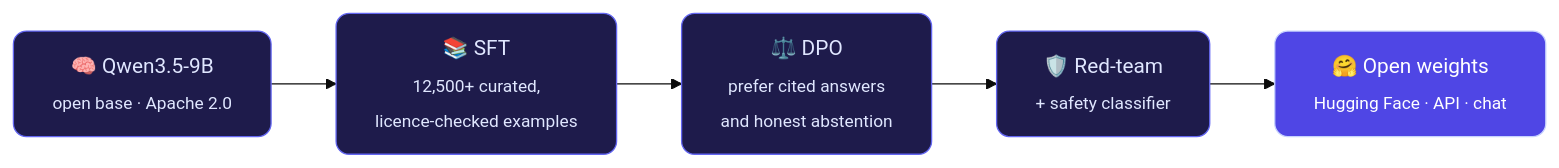
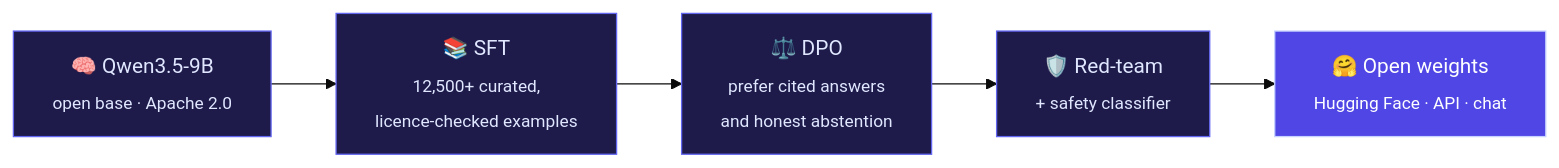
One commit to arxanshxh2309/arxanshxh2309 changed the diagram in README.md. Above: the diagram before and after it, drawn with Mermaid (base theme). The commit also changed other lines of this file and 2 other files, not shown here.

````diff
--- a/README.md
+++ b/README.md
@@ -31,12 +73,12 @@
 ```mermaid
 flowchart LR
     A["🧠 Qwen3.5-9B<br/><sub>open base · Apache 2.0</sub>"] --> B["📚 SFT<br/><sub>12,500+ curated,<br/>licence-checked examples</sub>"]
     B --> C["⚖️ DPO<br/><sub>prefer cited answers<br/>and honest abstention</sub>"]
     C --> D["🛡️ Red-team<br/><sub>+ safety classifier</sub>"]
     D --> E["🤗 Open weights<br/><sub>Hugging Face · API · chat</sub>"]
 
-    classDef step fill:#1e1b4b,stroke:#6366f1,color:#e0e7ff,rx:10,ry:10
-    classDef ship fill:#4f46e5,stroke:#c7d2fe,color:#ffffff,rx:10,ry:10
+    classDef step fill:#1e1b4b,stroke:#6366f1,color:#e0e7ff
+    classDef ship fill:#4f46e5,stroke:#c7d2fe,color:#ffffff
     class A,B,C,D step
     class E ship
 ```
````
